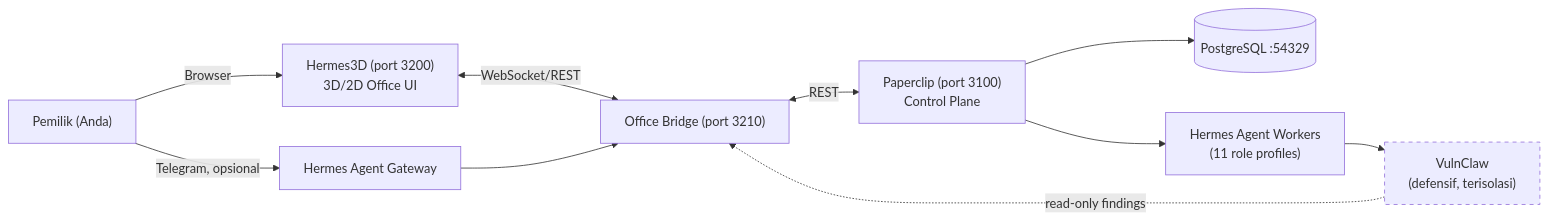
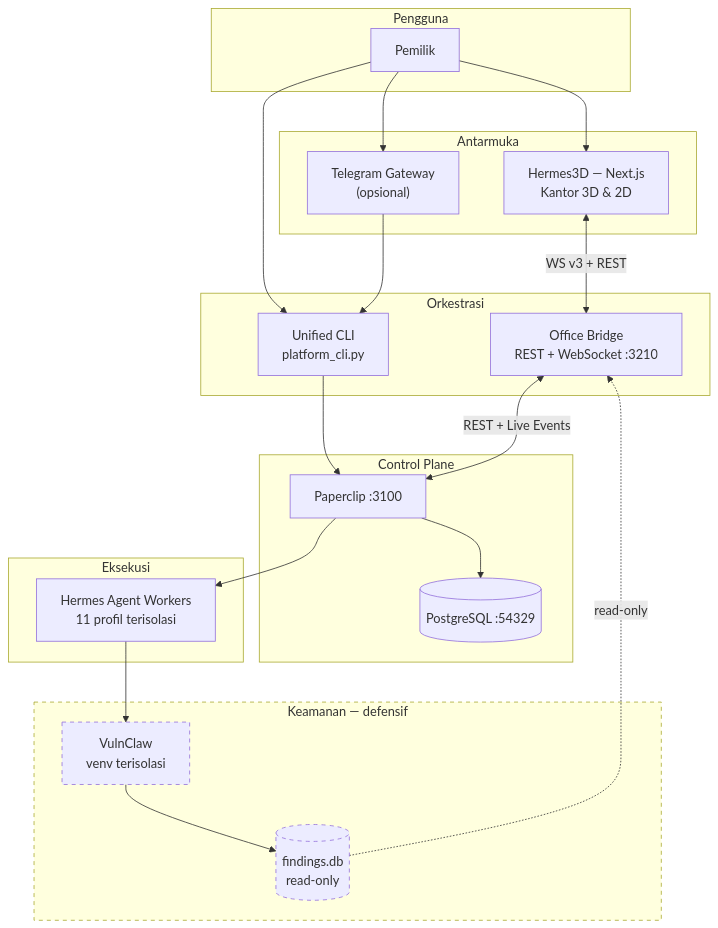
Before and after one commit to Vistapra/ALLINONE-AGENT: the first of 2 diagrams in README.md, drawn with Mermaid. The commit also changed other lines of this file, not shown here.

````diff
--- a/README.md
+++ b/README.md
@@ -46,15 +142,46 @@
 ```mermaid
-flowchart LR
-    Owner["Pemilik (Anda)"] -->|Browser| Hermes3D["Hermes3D (port 3200)<br/>3D/2D Office UI"]
-    Owner -->|Telegram, opsional| Gateway["Hermes Agent Gateway"]
-    Hermes3D <-->|WebSocket/REST| Bridge["Office Bridge (port 3210)"]
-    Gateway --> Bridge
-    Bridge <-->|REST| Paperclip["Paperclip (port 3100)<br/>Control Plane"]
-    Paperclip --> DB[(PostgreSQL :54329)]
-    Paperclip --> Hermes["Hermes Agent Workers<br/>(11 role profiles)"]
-    Hermes --> VulnClaw["VulnClaw<br/>(defensif, terisolasi)"]
-    VulnClaw -.->|read-only findings| Bridge
+flowchart TB
+    subgraph Pengguna
+        Owner["Pemilik"]
+    end
+
+    subgraph Antarmuka
+        Hermes3D["Hermes3D — Next.js<br/>Kantor 3D & 2D"]
+        Telegram["Telegram Gateway<br/>(opsional)"]
+    end
+
+    subgraph Orkestrasi
+        Bridge["Office Bridge<br/>REST + WebSocket :3210"]
+        CLI["Unified CLI<br/>platform_cli.py"]
+    end
+
+    subgraph ControlPlane["Control Plane"]
+        Paperclip["Paperclip :3100"]
+        DB[("PostgreSQL :54329")]
+    end
+
+    subgraph Eksekusi
+        Workers["Hermes Agent Workers<br/>11 profil terisolasi"]
+    end
+
+    subgraph Keamanan["Keamanan — defensif"]
+        VulnClaw["VulnClaw<br/>venv terisolasi"]
+        Findings[("findings.db<br/>read-only")]
+    end
+
+    Owner --> Hermes3D
+    Owner --> Telegram
+    Owner --> CLI
+    Hermes3D <-->|WS v3 + REST| Bridge
+    Telegram --> CLI
+    CLI --> Paperclip
+    Bridge <-->|REST + Live Events| Paperclip
+    Paperclip --> DB
+    Paperclip --> Workers
+    Workers --> VulnClaw
+    VulnClaw --> Findings
+    Findings -.->|read-only| Bridge
 
     classDef boundary stroke-dasharray: 5 5
-    class VulnClaw boundary
+    class Keamanan,VulnClaw,Findings boundary
 ```
````
